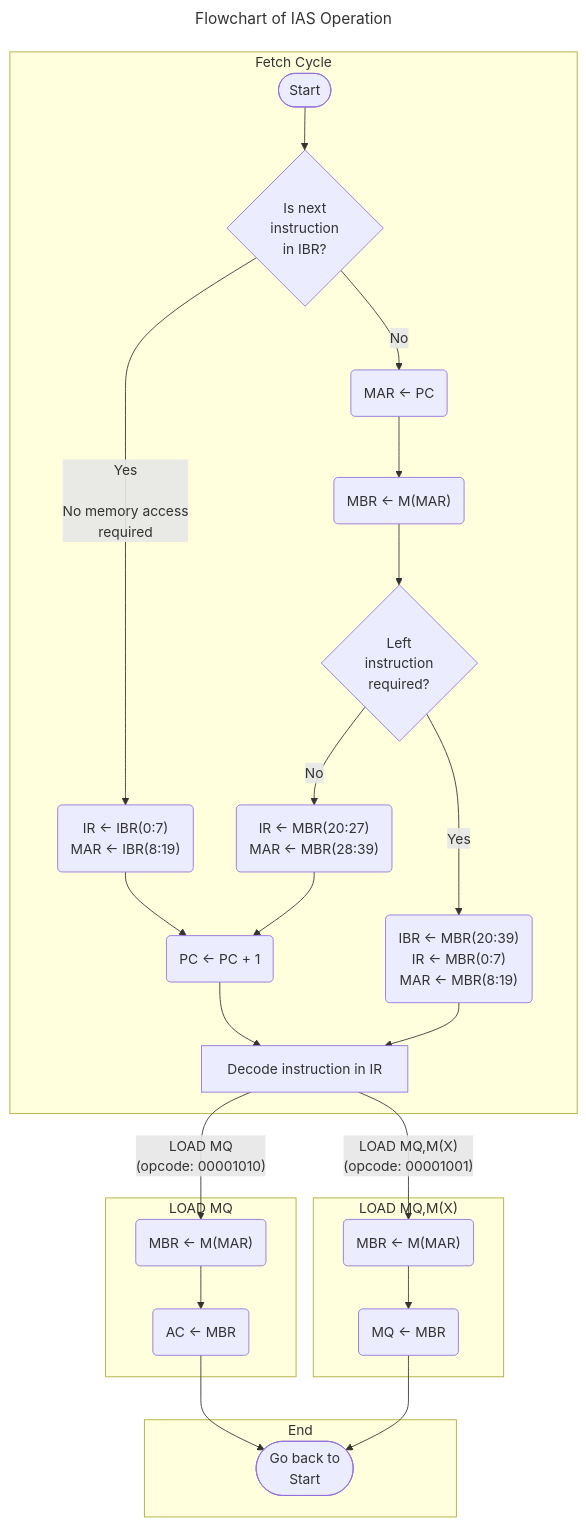
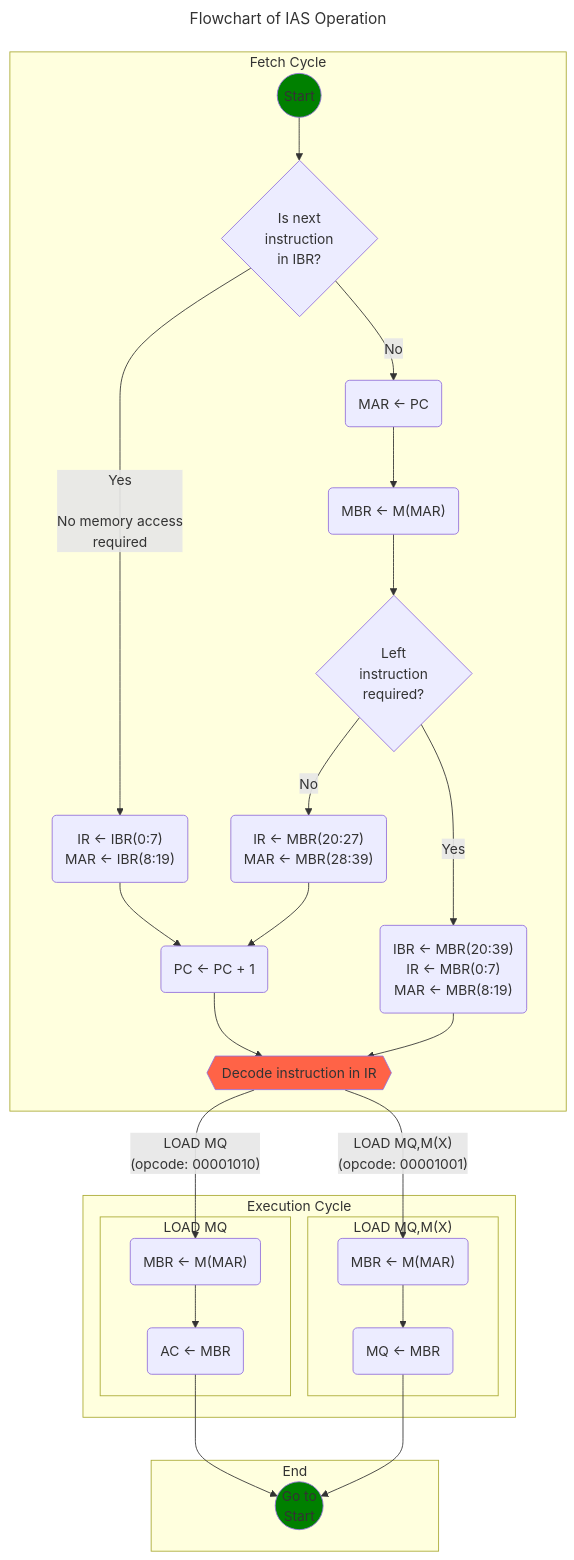
The diagram in README.md (davidalain/ias_computer), drawn with Mermaid before and after one commit.

Commit message:
Update README.md
Melhorias: Cores e subgraph

````diff
--- a/README.md
+++ b/README.md
@@ -7,64 +7,66 @@
 ```mermaid
 ---
 title: Flowchart of IAS Operation
 ---
 flowchart TD
 
 subgraph "Fetch Cycle"
-START([Start]) --> B{"Is next 
-instruction 
-in IBR?"}
-B --> |"Yes
+    START((Start)):::greenClass --> B{"Is next 
+    instruction 
+    in IBR?"}
+    B --> |"Yes
 
-No memory access
-required"| F("IR ← IBR(0:7)
-MAR ← IBR(8:19)")
-F --> I
-B --> |No| C("MAR ← PC")
-C --> D("MBR ← M(MAR)")
-D --> E{"Left
-instruction
-required?"}
-E --> |No| H("IR ← MBR(20:27)
-MAR ← MBR(28:39)")
-E --> |Yes| G("IBR ← MBR(20:39)
-IR ← MBR(0:7)
-MAR ← MBR(8:19)")
-H --> I("PC ← PC + 1")
-I --> AA
-G --> AA
-AA["Decode instruction in IR"]
-%% LOAD_MQ("LOAD MQ")
-%% AA --> LOAD_MQ
-%% AA --> LOAD_MQ_MX
+    No memory access
+    required"| F("IR ← IBR(0:7)
+    MAR ← IBR(8:19)")
+    F --> I
+    B --> |No| C("MAR ← PC")
+    C --> D("MBR ← M(MAR)")
+    D --> E{"Left
+    instruction
+    required?"}
+    E --> |No| H("IR ← MBR(20:27)
+    MAR ← MBR(28:39)")
+    E --> |Yes| G("IBR ← MBR(20:39)
+    IR ← MBR(0:7)
+    MAR ← MBR(8:19)")
+    H --> I("PC ← PC + 1")
+    I --> DECODE
+    G --> DECODE
+    DECODE{{"Decode instruction in IR"}}:::orangeClass
 end
 
-subgraph "LOAD MQ"
-LOAD_MQ__A("MBR ← M(MAR)")
-LOAD_MQ__B("AC ← MBR")
+subgraph "Execution Cycle"
+    subgraph "LOAD MQ"
+        LOAD_MQ__A("MBR ← M(MAR)")
+        LOAD_MQ__B("AC ← MBR")
 
-AA --> |"LOAD MQ
-(opcode: 00001010)"|LOAD_MQ__A
-LOAD_MQ__A --> LOAD_MQ__B
-end
+        DECODE --> |"LOAD MQ
+        (opcode: 00001010)"|LOAD_MQ__A
+        LOAD_MQ__A --> LOAD_MQ__B
+    end
 
-subgraph "LOAD MQ,M(X)"
-%% LOAD_MQ_MX("LOAD MQ,M(X)")
-LOAD_MQ_MX__A("MBR ← M(MAR)")
-LOAD_MQ_MX__B("MQ ← MBR")
+    subgraph "LOAD MQ,M(X)"
+        LOAD_MQ_MX__A("MBR ← M(MAR)")
+        LOAD_MQ_MX__B("MQ ← MBR")
 
-AA --> |"LOAD MQ,M(X)
-(opcode: 00001001)"|LOAD_MQ_MX__A
-LOAD_MQ_MX__A --> LOAD_MQ_MX__B
+        DECODE --> |"LOAD MQ,M(X)
+        (opcode: 00001001)"|LOAD_MQ_MX__A
+        LOAD_MQ_MX__A --> LOAD_MQ_MX__B
+    end
 end
 
 subgraph "End"
-END(["Go back to 
-Start"])
+    END(("Go to
+    Start")):::greenClass
 
-LOAD_MQ__B --> END
-LOAD_MQ_MX__B --> END
+    LOAD_MQ__B --> END
+    LOAD_MQ_MX__B --> END
 end
+
+classDef greenClass fill:#008000
+classDef orangeClass fill:#FF6347
+
 
 
 ```
````
